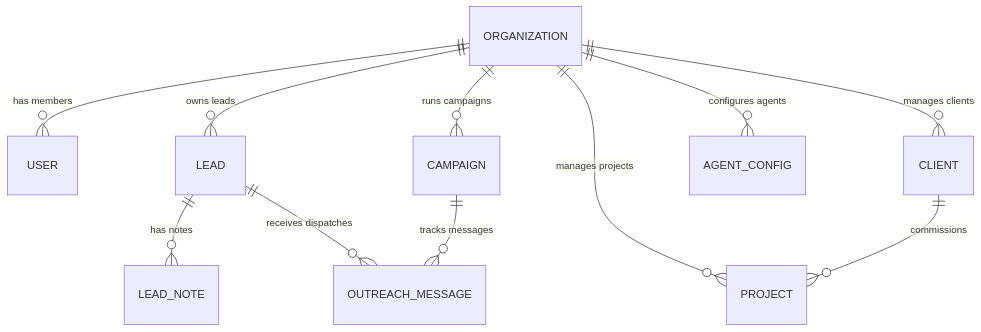
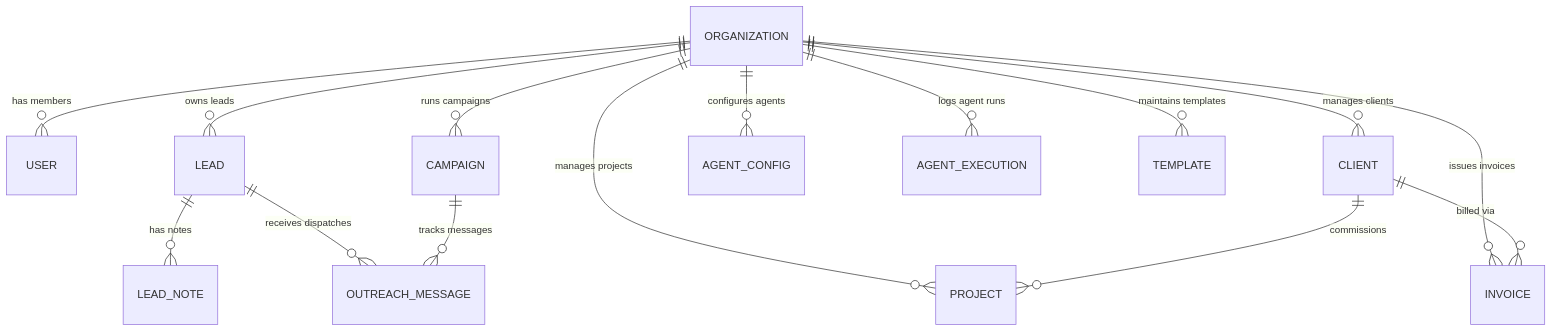
One commit to rudraksha127/Startup-Idea-Enhancement changed the diagram in docs/DATABASE_SCHEMA.md. Above: the diagram before and after it, drawn with Mermaid. The commit also changed other lines of this file and 21 other files, not shown here.

````diff
--- a/docs/DATABASE_SCHEMA.md
+++ b/docs/DATABASE_SCHEMA.md
@@ -11,13 +11,17 @@
 ```mermaid
 erDiagram
     ORGANIZATION ||--o{ USER : "has members"
     ORGANIZATION ||--o{ LEAD : "owns leads"
     ORGANIZATION ||--o{ CLIENT : "manages clients"
     ORGANIZATION ||--o{ PROJECT : "manages projects"
     ORGANIZATION ||--o{ CAMPAIGN : "runs campaigns"
     ORGANIZATION ||--o{ AGENT_CONFIG : "configures agents"
+    ORGANIZATION ||--o{ AGENT_EXECUTION : "logs agent runs"
+    ORGANIZATION ||--o{ INVOICE : "issues invoices"
+    ORGANIZATION ||--o{ TEMPLATE : "maintains templates"
     LEAD ||--o{ LEAD_NOTE : "has notes"
     LEAD ||--o{ OUTREACH_MESSAGE : "receives dispatches"
     CAMPAIGN ||--o{ OUTREACH_MESSAGE : "tracks messages"
     CLIENT ||--o{ PROJECT : "commissions"
+    CLIENT ||--o{ INVOICE : "billed via"
 ```
````
